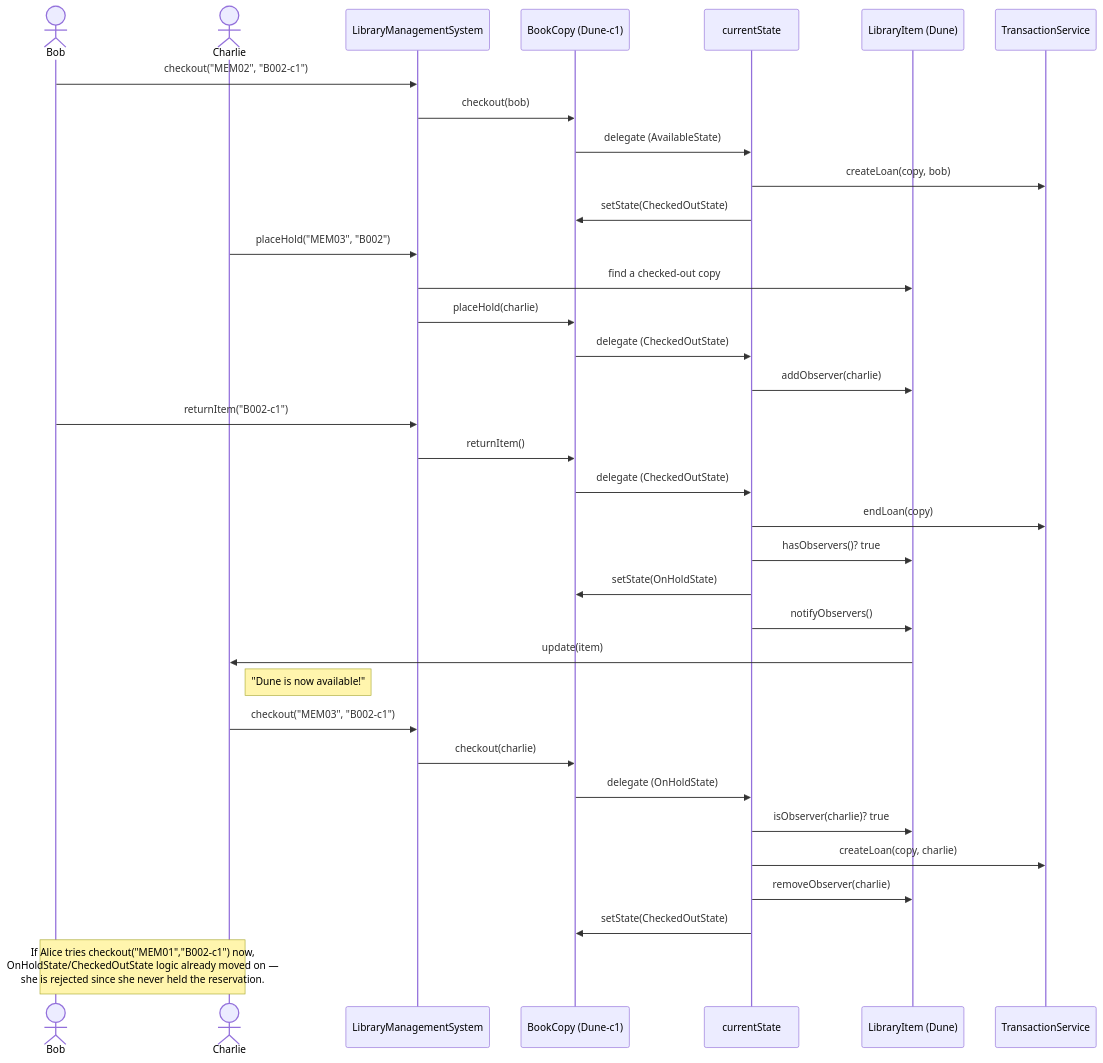
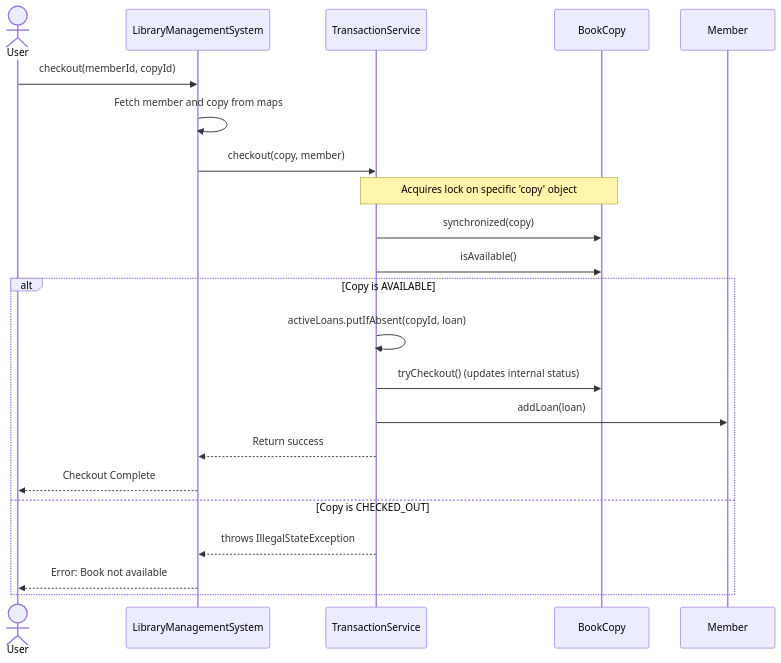
One commit to bhargavtenali/awesome-low-level-design changed the second of 2 diagrams in solutions/java/src/librarymanagementsystem/LibraryManagementLLD.md. Above: the diagram before and after it, drawn with Mermaid. The commit also changed other lines of this file, not shown here.

Commit message:
docs: add low-level design documentation for the Library Management System

````diff
--- a/solutions/java/src/librarymanagementsystem/LibraryManagementLLD.md
+++ b/solutions/java/src/librarymanagementsystem/LibraryManagementLLD.md
@@ -248,42 +170,27 @@
 ```mermaid
 sequenceDiagram
-    actor Bob
-    actor Charlie
+    actor User
     participant LMS as LibraryManagementSystem
-    participant Copy as BookCopy (Dune-c1)
-    participant State as currentState
-    participant Item as LibraryItem (Dune)
     participant TS as TransactionService
-
-    Bob->>LMS: checkout("MEM02", "B002-c1")
-    LMS->>Copy: checkout(bob)
-    Copy->>State: delegate (AvailableState)
-    State->>TS: createLoan(copy, bob)
-    State->>Copy: setState(CheckedOutState)
-
-    Charlie->>LMS: placeHold("MEM03", "B002")
-    LMS->>Item: find a checked-out copy
-    LMS->>Copy: placeHold(charlie)
-    Copy->>State: delegate (CheckedOutState)
-    State->>Item: addObserver(charlie)
-
-    Bob->>LMS: returnItem("B002-c1")
-    LMS->>Copy: returnItem()
-    Copy->>State: delegate (CheckedOutState)
-    State->>TS: endLoan(copy)
-    State->>Item: hasObservers()? true
-    State->>Copy: setState(OnHoldState)
-    State->>Item: notifyObservers()
-    Item->>Charlie: update(item)
-    Note right of Charlie: "Dune is now available!"
-
-    Charlie->>LMS: checkout("MEM03", "B002-c1")
-    LMS->>Copy: checkout(charlie)
-    Copy->>State: delegate (OnHoldState)
-    State->>Item: isObserver(charlie)? true
-    State->>TS: createLoan(copy, charlie)
-    State->>Item: removeObserver(charlie)
-    State->>Copy: setState(CheckedOutState)
-
-    Note over Bob,Charlie: If Alice tries checkout("MEM01","B002-c1") now,<br/>OnHoldState/CheckedOutState logic already moved on —<br/>she is rejected since she never held the reservation.
+    participant Copy as BookCopy
+    participant Member as Member
+    
+    User->>LMS: checkout(memberId, copyId)
+    LMS->>LMS: Fetch member and copy from maps
+    LMS->>TS: checkout(copy, member)
+    
+    Note over TS,Copy: Acquires lock on specific 'copy' object
+    TS->>Copy: synchronized(copy)
+    TS->>Copy: isAvailable()
+    
+    alt Copy is AVAILABLE
+        TS->>TS: activeLoans.putIfAbsent(copyId, loan)
+        TS->>Copy: tryCheckout() (updates internal status)
+        TS->>Member: addLoan(loan)
+        TS-->>LMS: Return success
+        LMS-->>User: Checkout Complete
+    else Copy is CHECKED_OUT
+        TS-->>LMS: throws IllegalStateException
+        LMS-->>User: Error: Book not available
+    end
 ```
````
